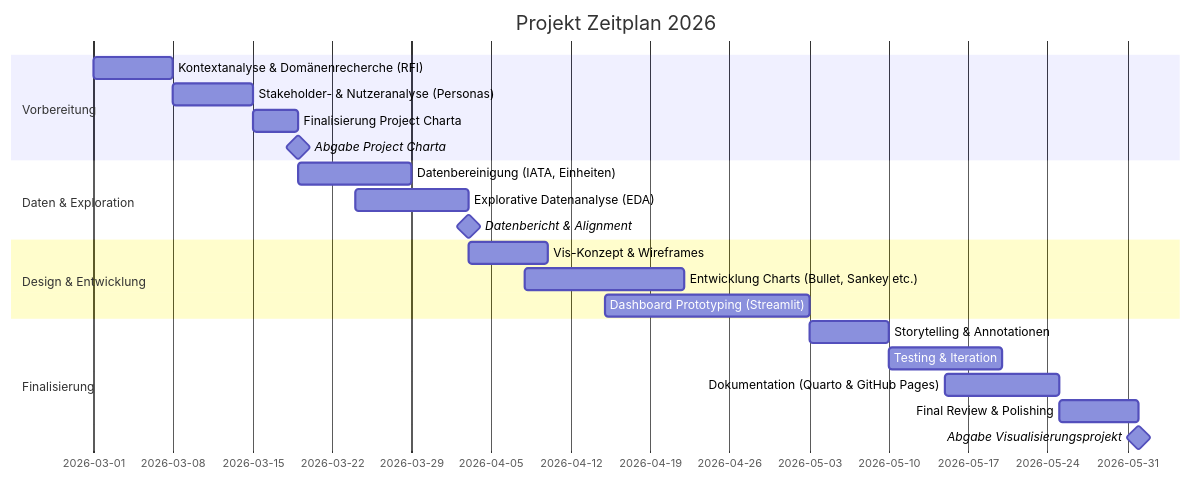
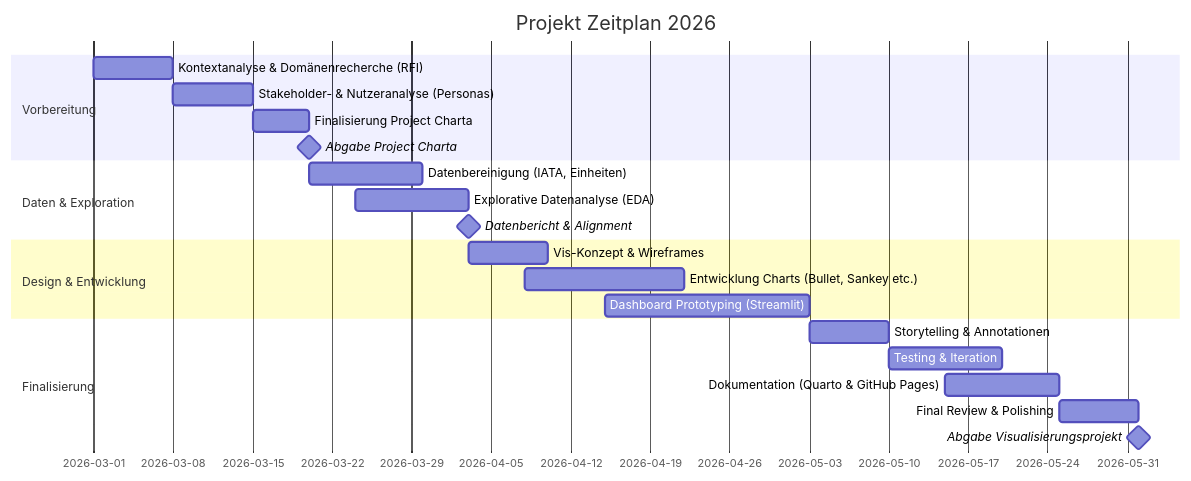
Before and after one commit to vdss-fs26-ds24t/ds24-6-vdss-project: the diagram in docs/project_charta.qmd, drawn with Mermaid.

Commit message:
Further update to project charter

````diff
--- a/docs/project_charta.qmd
+++ b/docs/project_charta.qmd
@@ -111,31 +111,31 @@
 ```{mermaid}
 %%| label: fig-project-plan
 %%| fig-cap: Vorläufiger Zeitplan des Visualisierungsprojekts.
 gantt
     title Projekt Zeitplan 2026
     dateFormat YYYY-MM-DD
     tickInterval 1week
 
     section Vorbereitung
         Kontextanalyse & Domänenrecherche (RFI)    :a1, 2026-03-01, 7d
         Stakeholder- & Nutzeranalyse (Personas)    :a2, 2026-03-08, 7d
-        Finalisierung Project Charta               :a3, 2026-03-15, 4d
-        Abgabe Project Charta                      :milestone, m1, 2026-03-19, 0d
+        Finalisierung Project Charta               :a3, 2026-03-15, 5d
+        Abgabe Project Charta                      :milestone, m1, 2026-03-20, 0d
 
     section Daten & Exploration
-        Datenbereinigung (IATA, Einheiten)         :b1, 2026-03-19, 10d
+        Datenbereinigung (IATA, Einheiten)         :b1, 2026-03-20, 10d
         Explorative Datenanalyse (EDA)             :b2, 2026-03-24, 10d
         Datenbericht & Alignment                   :milestone, m2, 2026-04-03, 0d
 
     section Design & Entwicklung
         Vis-Konzept & Wireframes                   :c1, 2026-04-03, 7d
         Entwicklung Charts (Bullet, Sankey etc.)   :c2, 2026-04-08, 14d
         Dashboard Prototyping (Streamlit)          :c3, 2026-04-15, 18d
 
     section Finalisierung
         Storytelling & Annotationen                :d1, 2026-05-03, 7d
         Testing & Iteration                        :d2, 2026-05-10, 10d
         Dokumentation (Quarto & GitHub Pages)      :d3, 2026-05-15, 10d
         Final Review & Polishing                   :d4, 2026-05-25, 7d
         Abgabe Visualisierungsprojekt              :milestone, m3, 2026-06-01, 0d
 ```
````
